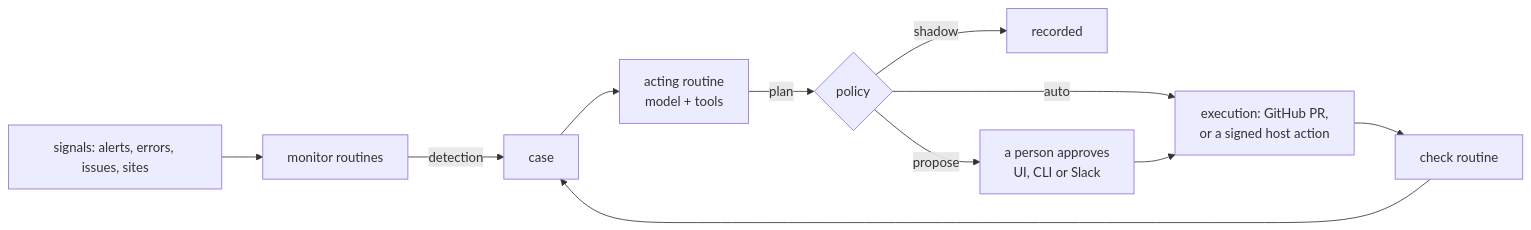
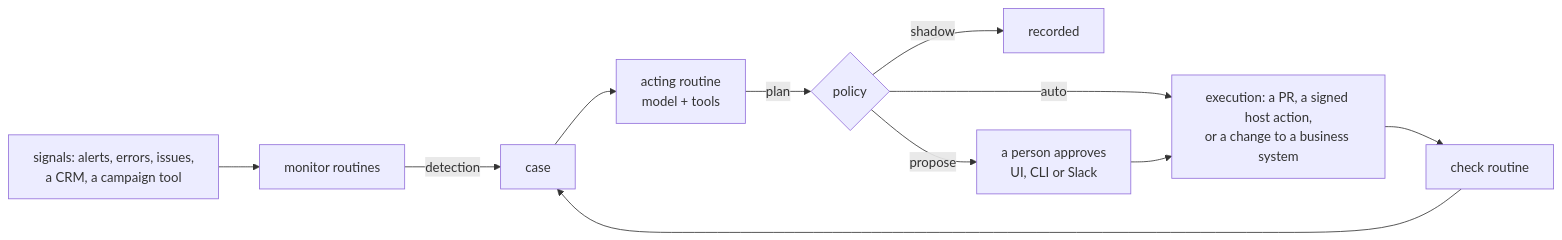
The diagram in README.md (chipi/flotilla), drawn with Mermaid before and after one commit. The commit also changed other lines of this file and 90 other files, not shown here.

````diff
--- a/README.md
+++ b/README.md
@@ -26,12 +78,12 @@
 ```mermaid
 flowchart LR
-  S[signals: alerts, errors, issues, sites] --> M[monitor routines]
+  S[signals: alerts, errors, issues,<br/>a CRM, a campaign tool] --> M[monitor routines]
   M -->|detection| C[case]
   C --> A[acting routine<br/>model + tools]
   A -->|plan| P{policy}
   P -->|shadow| R[recorded]
   P -->|propose| H[a person approves<br/>UI, CLI or Slack]
   P -->|auto| X
-  H --> X[execution: GitHub PR,<br/>or a signed host action]
+  H --> X[execution: a PR, a signed host action,<br/>or a change to a business system]
   X --> K[check routine] --> C
 ```
````
